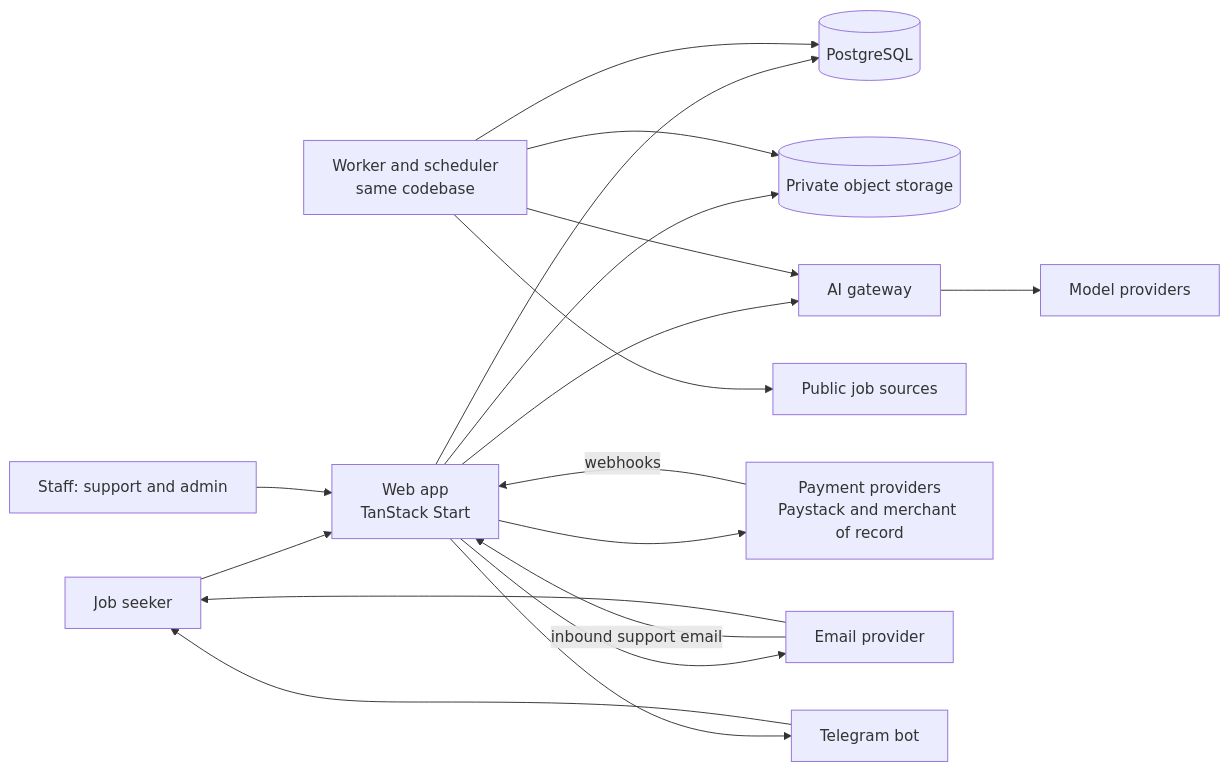
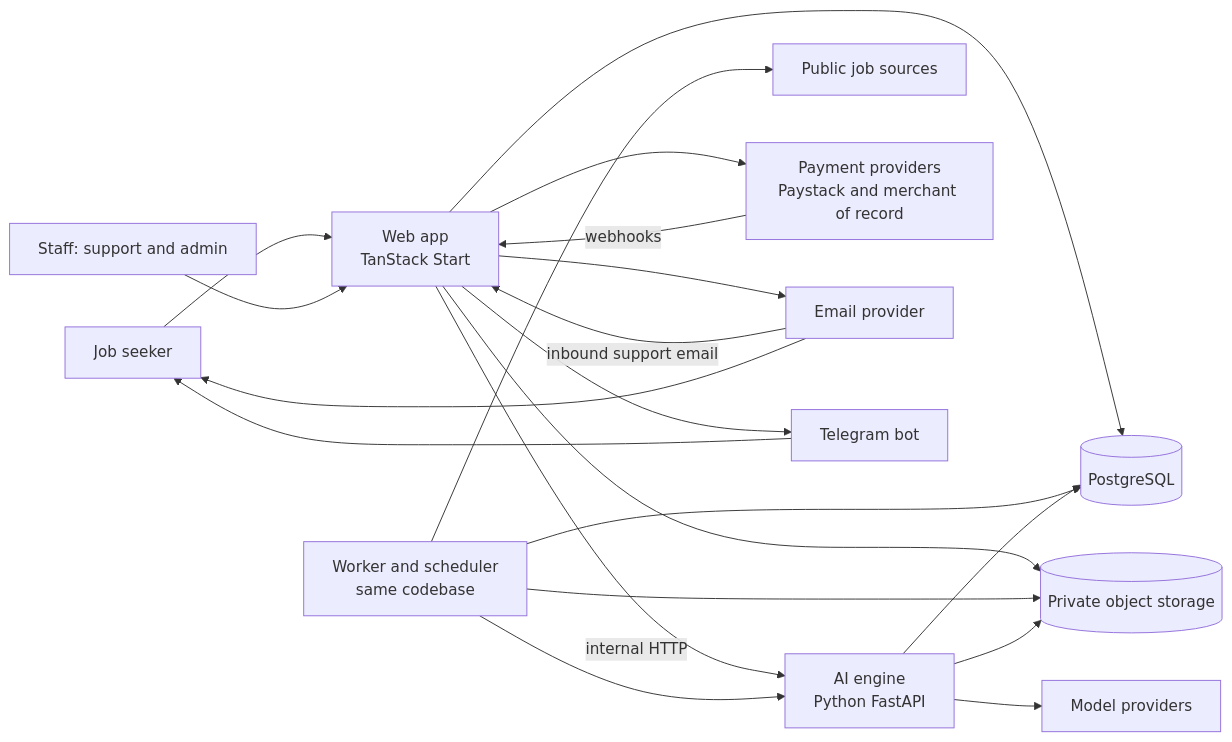
Before and after one commit to A7-studio/jobmigo: the first of 4 diagrams in docs/technical-design.md, drawn with Mermaid. The commit also changed other lines of this file and 4 other files, not shown here.

Commit message:
docs: plan the Python AI engine

````diff
--- a/docs/technical-design.md
+++ b/docs/technical-design.md
@@ -23,20 +23,22 @@
 ```mermaid
 flowchart LR
   U[Job seeker] --> WEB[Web app<br/>TanStack Start]
   S[Staff: support and admin] --> WEB
   WEB --> DB[(PostgreSQL)]
   WEB --> OBJ[(Private object storage)]
   WRK[Worker and scheduler<br/>same codebase] --> DB
   WRK --> OBJ
-  WEB --> AIG[AI gateway]
-  WRK --> AIG
-  AIG --> LLM[Model providers]
+  WEB -- internal HTTP --> ENG[AI engine<br/>Python FastAPI]
+  WRK --> ENG
+  ENG --> LLM[Model providers]
+  ENG --> DB
+  ENG --> OBJ
   WRK --> SRC[Public job sources]
   WEB --> PAY[Payment providers<br/>Paystack and merchant of record]
   PAY -- webhooks --> WEB
   WEB --> MAIL[Email provider]
   MAIL -- inbound support email --> WEB
   WEB --> TG[Telegram bot]
   TG --> U
   MAIL --> U
 ```
````
